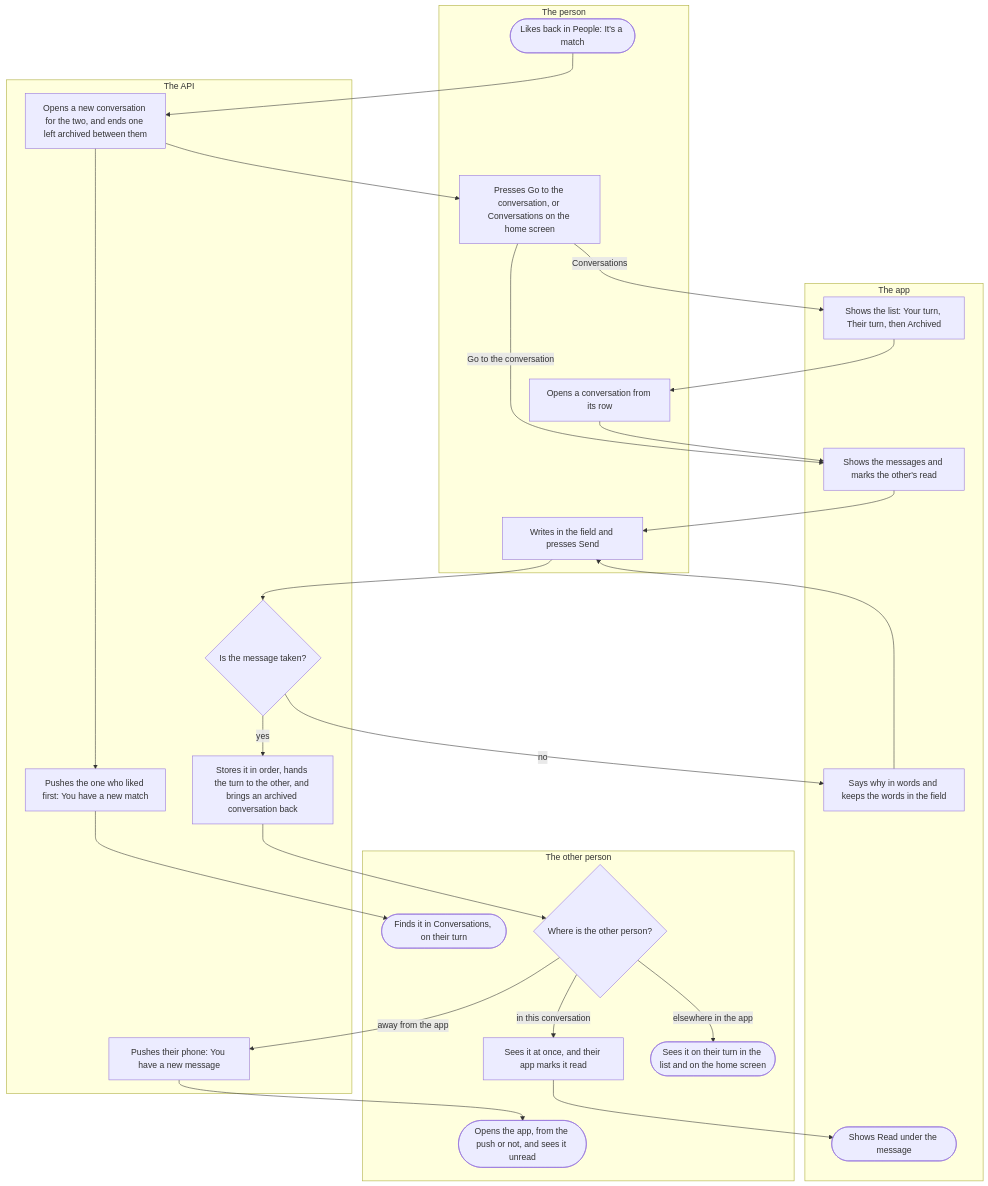
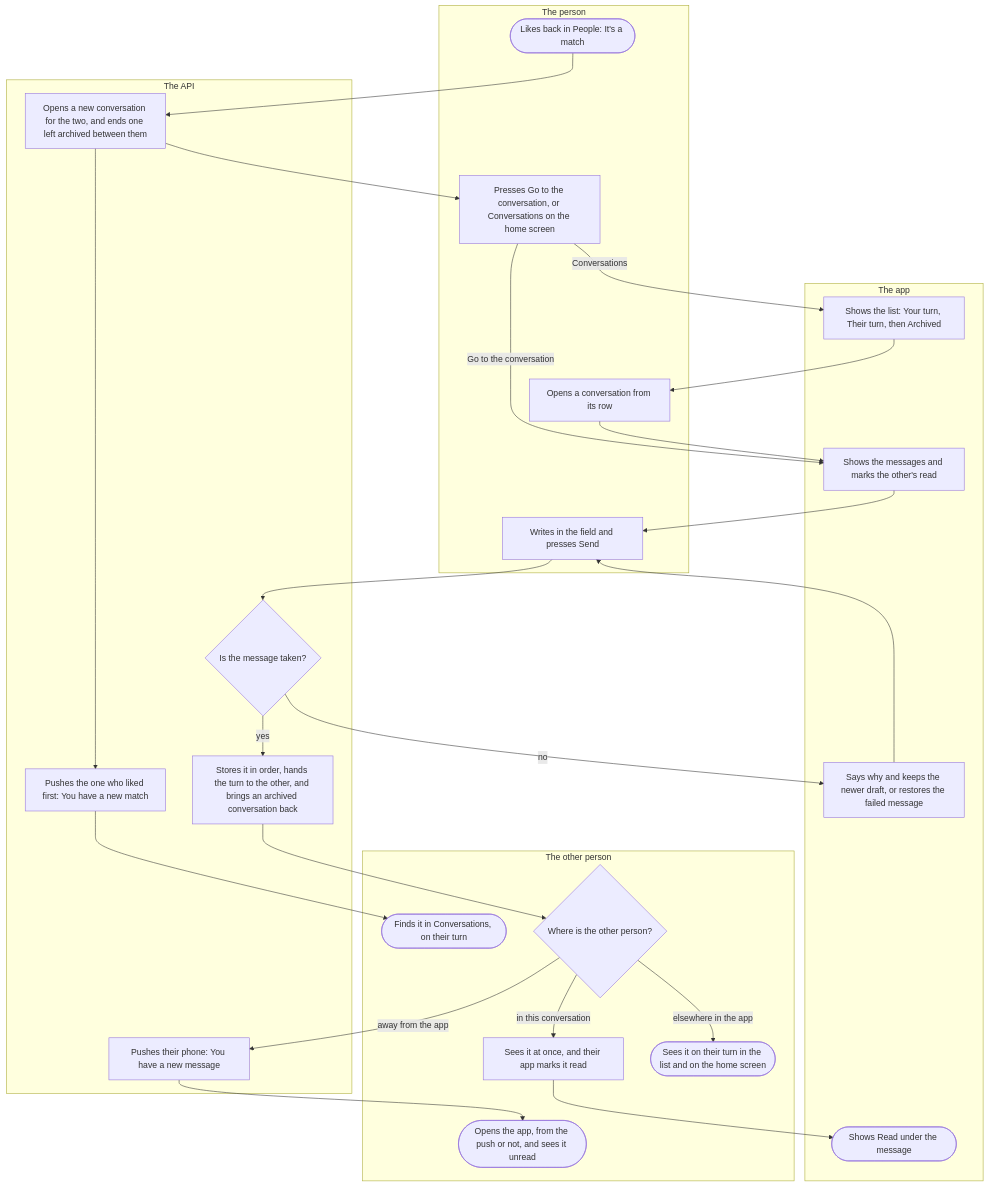
The first of 4 diagrams in docs/flows/chat.md (kuutti-ry/kuutti-app), drawn with Mermaid before and after one commit. The commit also changed other lines of this file and 46 other files, not shown here.

````diff
--- a/docs/flows/chat.md
+++ b/docs/flows/chat.md
@@ -31,50 +31,50 @@
 ```mermaid
 flowchart TB
   accTitle: Chat, part 1: from a match to a message
   accDescr: A like that meets a like in People opens a new conversation for the two, and the one who liked first is pushed that there is a new match. The person opens it from the match or from Conversations on the home screen, writes and presses Send. The API refuses a message in words or stores it, and the other person sees it at once in an open conversation, on their turn in the list elsewhere in the app, or after a push when they are away from it.
   subgraph person["The person"]
     s1(["Likes back in People: It's a match"])
     s5["Presses Go to the conversation, or Conversations on the home screen"]
     s7["Opens a conversation from its row"]
     s9["Writes in the field and presses Send"]
   end
   subgraph app["The app"]
     s6["Shows the list: Your turn, Their turn, then Archived"]
     s8["Shows the messages and marks the other's read"]
-    s11["Says why in words and keeps the words in the field"]
+    s11["Says why and keeps the newer draft, or restores the failed message"]
     s18(["Shows Read under the message"])
   end
   subgraph api["The API"]
     s2["Opens a new conversation for the two, and ends one left archived between them"]
     s3["Pushes the one who liked first: You have a new match"]
     s10{"Is the message taken?"}
     s12["Stores it in order, hands the turn to the other, and brings an archived conversation back"]
     s16["Pushes their phone: You have a new message"]
   end
   subgraph other["The other person"]
     s4(["Finds it in Conversations, on their turn"])
     s13{"Where is the other person?"}
     s14["Sees it at once, and their app marks it read"]
     s15(["Sees it on their turn in the list and on the home screen"])
     s17(["Opens the app, from the push or not, and sees it unread"])
   end
   s1 --> s2
   s2 --> s3
   s3 --> s4
   s2 --> s5
   s5 -->|"Conversations"| s6
   s5 -->|"Go to the conversation"| s8
   s6 --> s7
   s7 --> s8
   s8 --> s9
   s9 --> s10
   s10 -->|"no"| s11
   s11 --> s9
   s10 -->|"yes"| s12
   s12 --> s13
   s13 -->|"in this conversation"| s14
   s13 -->|"elsewhere in the app"| s15
   s13 -->|"away from the app"| s16
   s16 --> s17
   s14 --> s18
 ```
````
